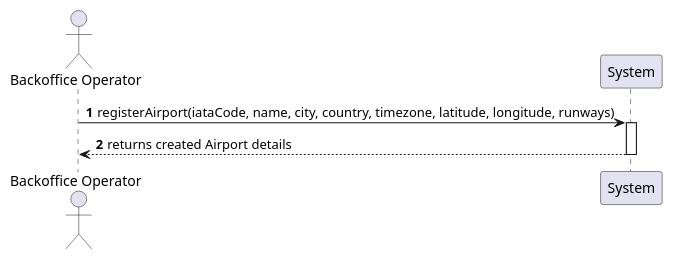
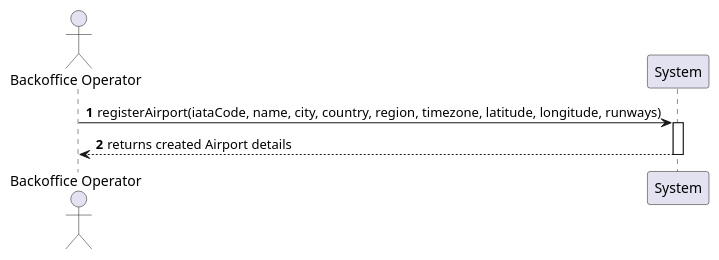
The diagram in docs/system-documentation/use-cases/WP2A/US106/puml/ssd_us106.puml (VascoMagolo/psoft_1231562_1241692_1242036_2db), drawn with PlantUML before and after one commit. The commit also changed 101 other files, not shown here.

First line of the commit message:
docs: update diagrams, READMEs, and global artifacts

```diff
--- a/docs/system-documentation/use-cases/WP2A/US106/puml/ssd_us106.puml
+++ b/docs/system-documentation/use-cases/WP2A/US106/puml/ssd_us106.puml
@@ -1,10 +1,10 @@
 @startuml
 autonumber
 actor "Backoffice Operator" as BO
 participant "System" as Sys
 
-BO -> Sys : registerAirport(iataCode, name, city, country, timezone, latitude, longitude, runways)
+BO -> Sys : registerAirport(iataCode, name, city, country, region, timezone, latitude, longitude, runways)
 activate Sys
 Sys --> BO : returns created Airport details
 deactivate Sys
 @enduml
```
